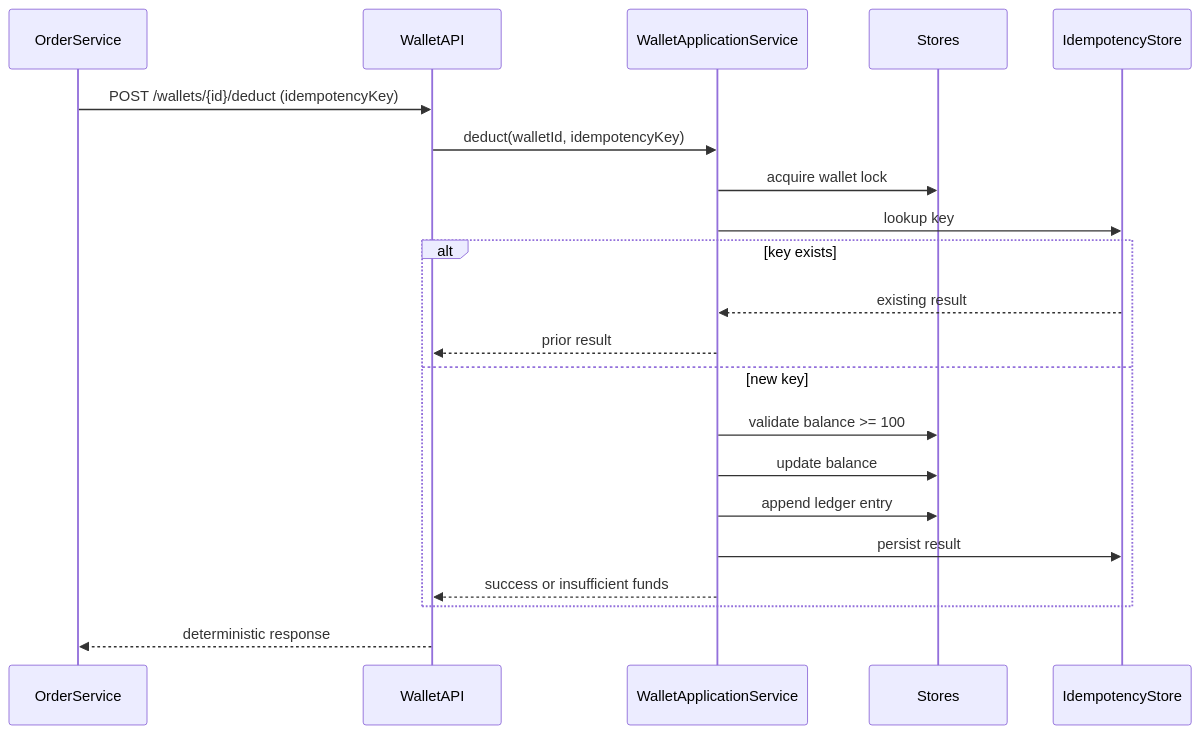
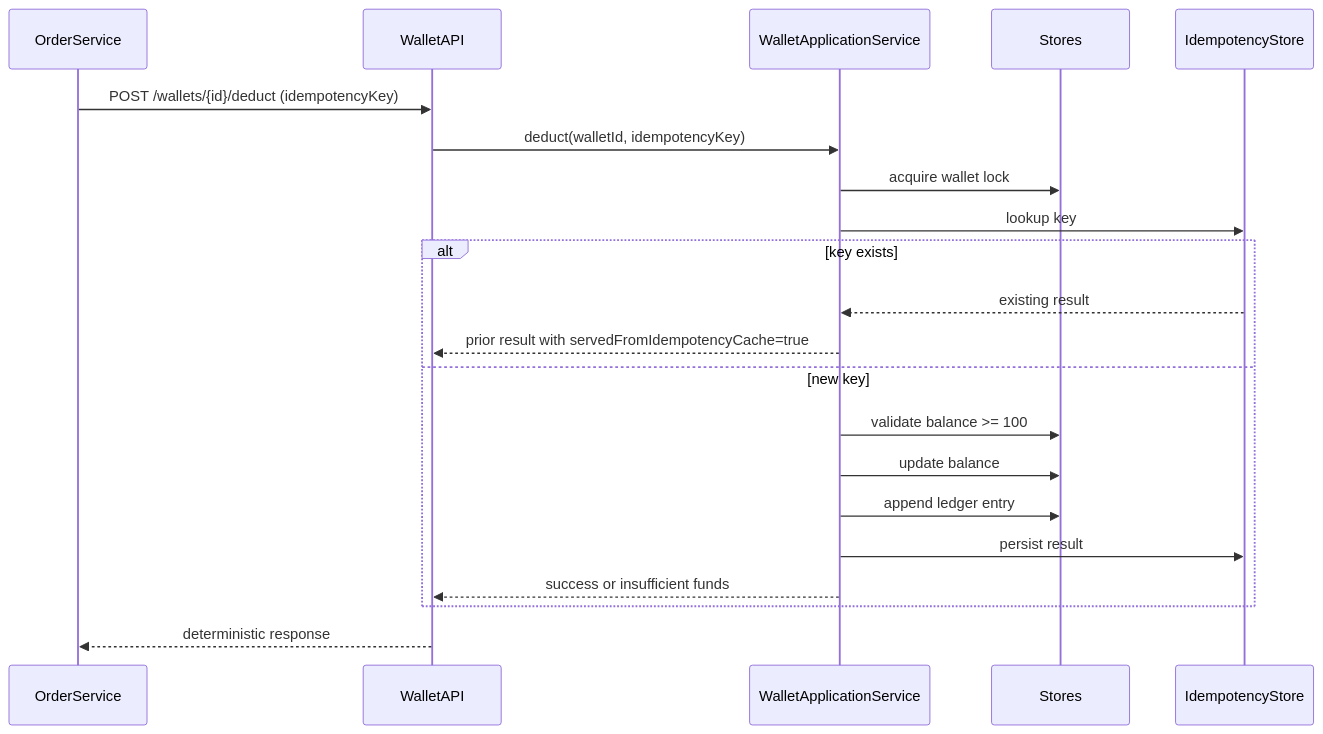
One commit to codewithakc/wallet-service changed the fifth of 5 diagrams in docs/HLD.md. Above: the diagram before and after it, drawn with Mermaid. The commit also changed other lines of this file and 58 other files, not shown here.

````diff
--- a/docs/HLD.md
+++ b/docs/HLD.md
@@ -154,24 +157,24 @@
 ```mermaid
 sequenceDiagram
 participant OrderService
 participant API as WalletAPI
 participant Service as WalletApplicationService
 participant Store as Stores
 participant Idempotency as IdempotencyStore
 
 OrderService->>API: POST /wallets/{id}/deduct (idempotencyKey)
 API->>Service: deduct(walletId, idempotencyKey)
 Service->>Store: acquire wallet lock
 Service->>Idempotency: lookup key
 alt key exists
   Idempotency-->>Service: existing result
-  Service-->>API: prior result
+  Service-->>API: prior result with servedFromIdempotencyCache=true
 else new key
   Service->>Store: validate balance >= 100
   Service->>Store: update balance
   Service->>Store: append ledger entry
   Service->>Idempotency: persist result
   Service-->>API: success or insufficient funds
 end
 API-->>OrderService: deterministic response
 ```
````
